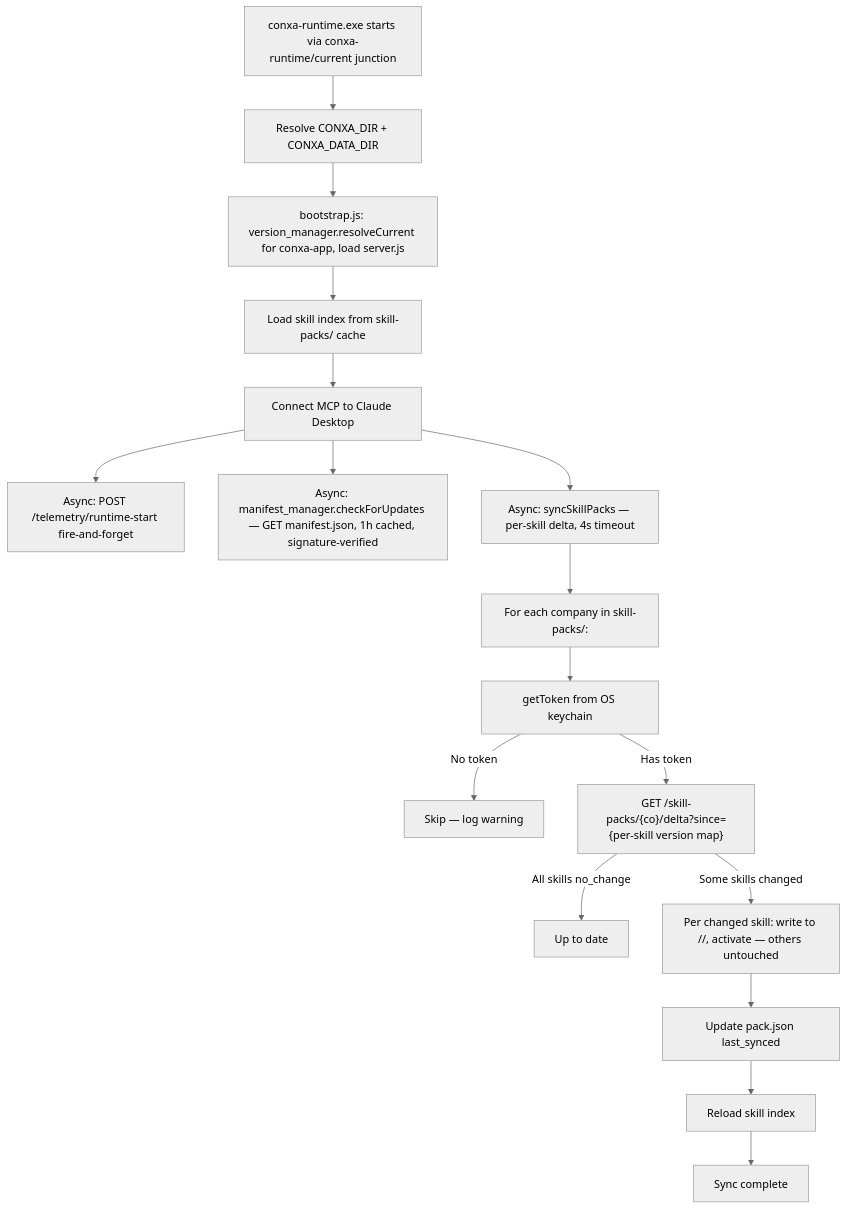
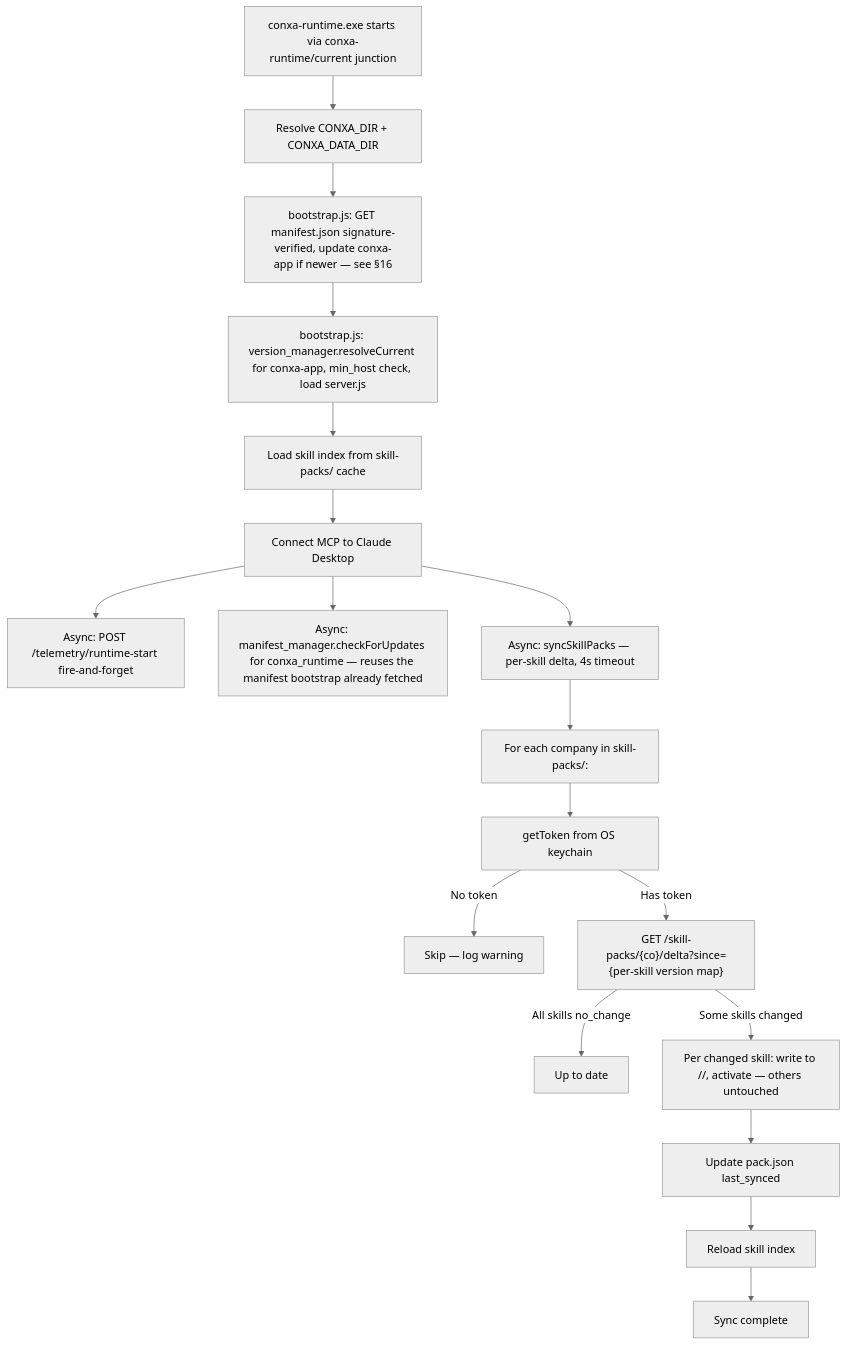
Diagram 11 of 18 in docs/App-Flow.md (Cannonbold2412/CONXA), drawn with Mermaid (neutral theme) before and after one commit. The commit also changed other lines of this file and 5 other files, not shown here.

````diff
--- a/docs/App-Flow.md
+++ b/docs/App-Flow.md
@@ -399,19 +407,20 @@
 ```mermaid
 flowchart TD
     A[conxa-runtime.exe starts via conxa-runtime/current junction] --> B[Resolve CONXA_DIR + CONXA_DATA_DIR]
-    B --> C[bootstrap.js: version_manager.resolveCurrent for conxa-app, load server.js]
+    B --> B2[bootstrap.js: GET manifest.json signature-verified, update conxa-app if newer — see §16]
+    B2 --> C[bootstrap.js: version_manager.resolveCurrent for conxa-app, min_host check, load server.js]
     C --> D[Load skill index from skill-packs/ cache]
     D --> E[Connect MCP to Claude Desktop]
     E --> F[Async: POST /telemetry/runtime-start fire-and-forget]
-    E --> G[Async: manifest_manager.checkForUpdates — GET manifest.json, 1h cached, signature-verified]
+    E --> G[Async: manifest_manager.checkForUpdates for conxa_runtime — reuses the manifest bootstrap already fetched]
     E --> H[Async: syncSkillPacks — per-skill delta, 4s timeout]
     H --> I[For each company in skill-packs/:]
     I --> J[getToken from OS keychain]
     J -->|No token| K[Skip — log warning]
     J -->|Has token| L["GET /skill-packs/{co}/delta?since={per-skill version map}"]
     L -->|All skills no_change| M[Up to date]
     L -->|Some skills changed| N[Per changed skill: write to <skill>/<version>/, activate — others untouched]
     N --> O[Update pack.json last_synced]
     O --> P[Reload skill index]
     P --> Q[Sync complete]
 ```
````
